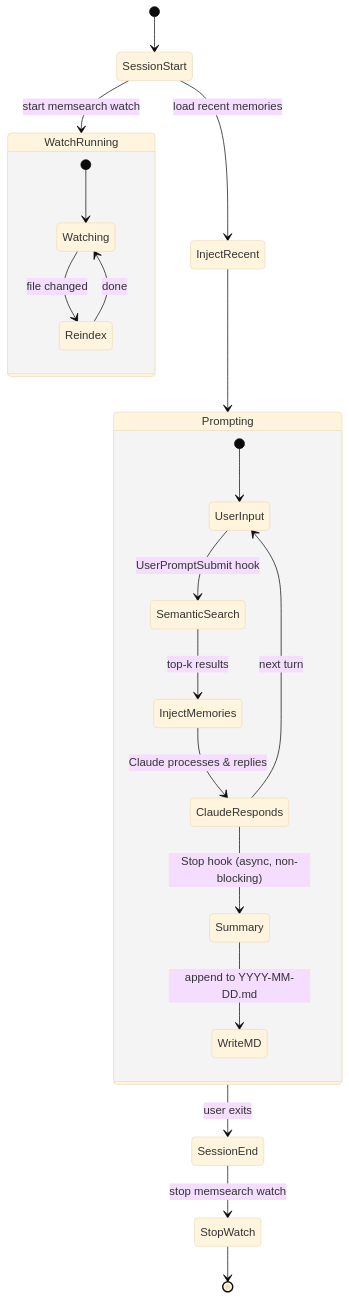
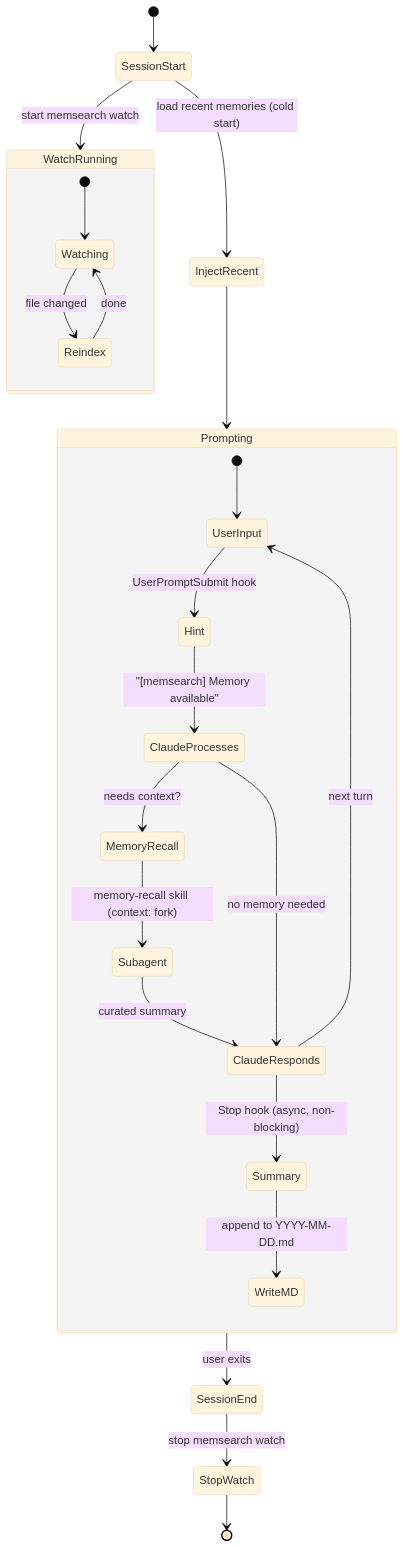
Before and after one commit to zilliztech/memsearch: the third of 4 diagrams in ccplugin/README.md, drawn with Mermaid (base theme). The commit also changed other lines of this file and 5 other files, not shown here.

First line of the commit message:
ccplugin: replace push-based memory injection with skill-based recall (#53)

````diff
--- a/ccplugin/README.md
+++ b/ccplugin/README.md
@@ -96,28 +99,31 @@
 ```mermaid
 stateDiagram-v2
     [*] --> SessionStart
     SessionStart --> WatchRunning: start memsearch watch
-    SessionStart --> InjectRecent: load recent memories
+    SessionStart --> InjectRecent: load recent memories (cold start)
 
     state WatchRunning {
         [*] --> Watching
         Watching --> Reindex: file changed
         Reindex --> Watching: done
     }
 
     InjectRecent --> Prompting
 
     state Prompting {
         [*] --> UserInput
-        UserInput --> SemanticSearch: UserPromptSubmit hook
-        SemanticSearch --> InjectMemories: top-k results
-        InjectMemories --> ClaudeResponds: Claude processes & replies
+        UserInput --> Hint: UserPromptSubmit hook
+        Hint --> ClaudeProcesses: "[memsearch] Memory available"
+        ClaudeProcesses --> MemoryRecall: needs context?
+        MemoryRecall --> Subagent: memory-recall skill (context: fork)
+        Subagent --> ClaudeResponds: curated summary
+        ClaudeProcesses --> ClaudeResponds: no memory needed
         ClaudeResponds --> UserInput: next turn
         ClaudeResponds --> Summary: Stop hook (async, non-blocking)
         Summary --> WriteMD: append to YYYY-MM-DD.md
     }
 
     Prompting --> SessionEnd: user exits
     SessionEnd --> StopWatch: stop memsearch watch
     StopWatch --> [*]
 ```
````
